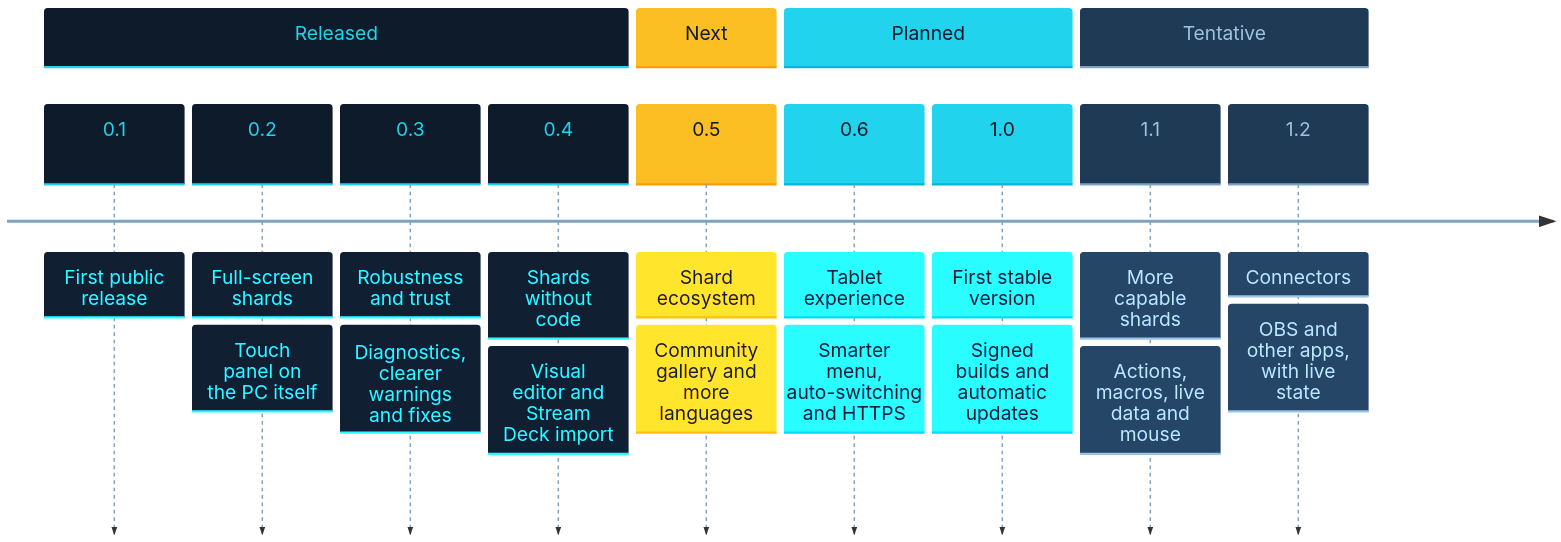
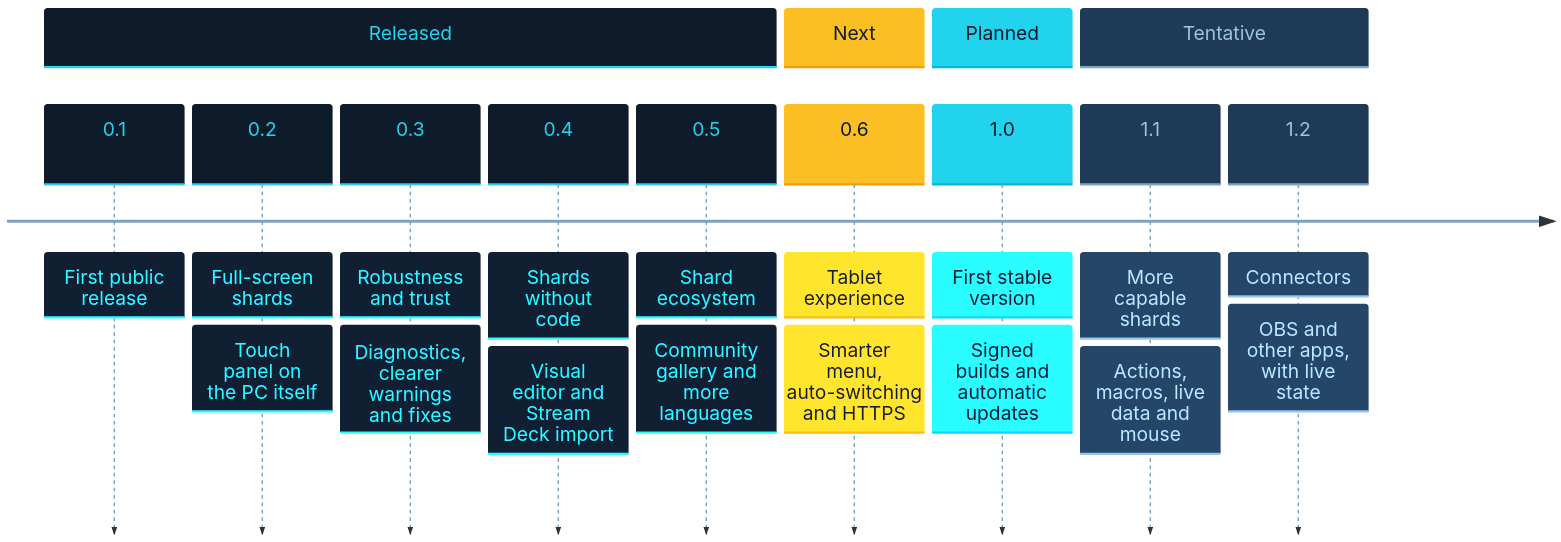
Before and after one commit to libreshard/libreshard: the diagram in README.md, drawn with Mermaid. The commit also changed other lines of this file and 5 other files, not shown here.

````diff
--- a/README.md
+++ b/README.md
@@ -201,17 +201,17 @@
 ```mermaid
 %%{init: {"theme": "base", "themeVariables": {"fontSize": "26px", "cScale0": "#0d1b2a", "cScaleLabel0": "#22d3ee", "cScaleInv0": "#22d3ee", "cScale1": "#fbbf24", "cScaleLabel1": "#0d1b2a", "cScaleInv1": "#f59e0b", "cScale2": "#22d3ee", "cScaleLabel2": "#0d1b2a", "cScaleInv2": "#06b6d4", "cScale3": "#1f3a55", "cScaleLabel3": "#9cc3e0", "cScaleInv3": "#7ea3c2", "cScaleLabel11": "#7ea3c2"}, "themeCSS": ".eventWrapper { filter: none; }"}}%%
 timeline
     section Released
         0.1 : First public release
         0.2 : Full-screen shards : Touch panel on the PC itself
         0.3 : Robustness and trust : Diagnostics, clearer warnings and fixes
         0.4 : Shards without code : Visual editor and Stream Deck import
+        0.5 : Shard ecosystem : Community gallery and more languages
     section Next
-        0.5 : Shard ecosystem : Community gallery and more languages
+        0.6 : Tablet experience : Smarter menu, auto-switching and HTTPS
     section Planned
-        0.6 : Tablet experience : Smarter menu, auto-switching and HTTPS
         1.0 : First stable version : Signed builds and automatic updates
     section Tentative
         1.1 : More capable shards : Actions, macros, live data and mouse
         1.2 : Connectors : OBS and other apps, with live state
 ```
````
